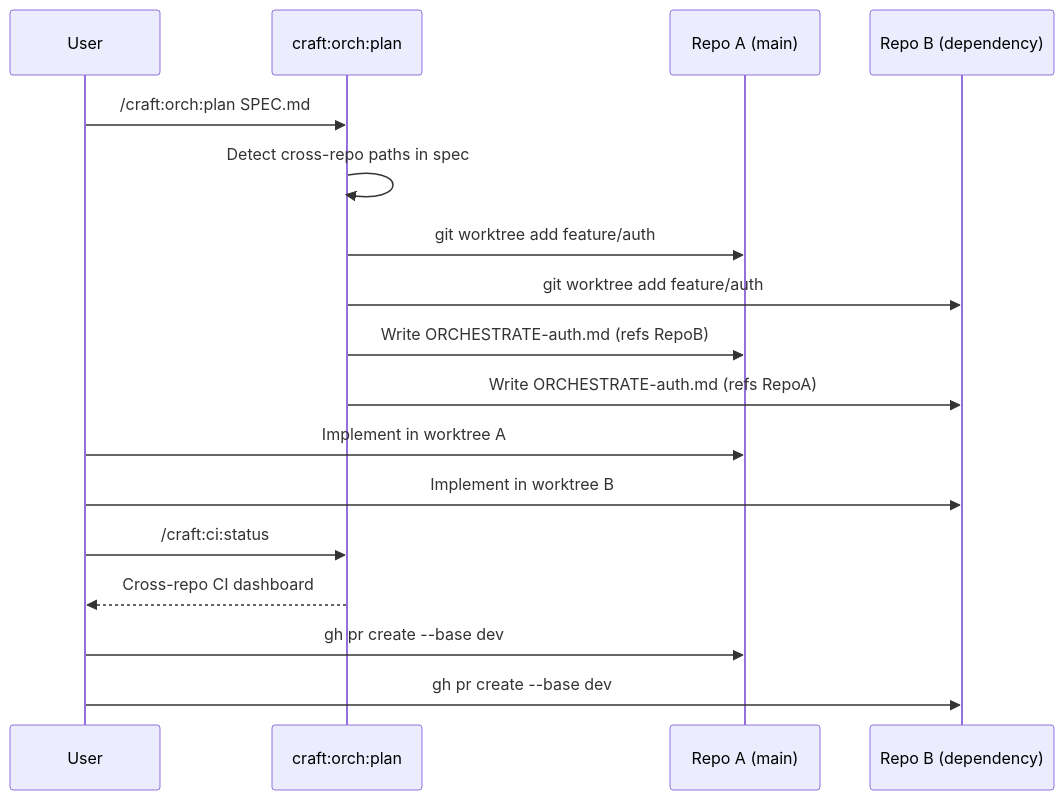
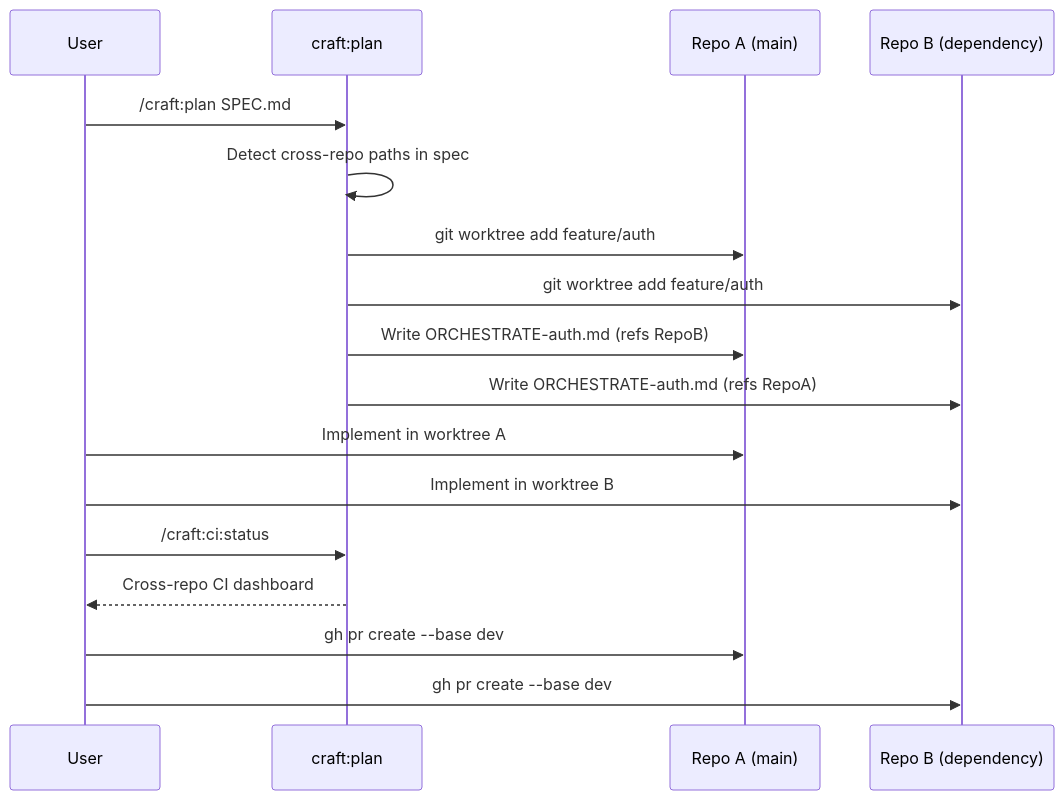
Before and after one commit to Data-Wise/craft: the diagram in docs/guide/multi-repo-workflow.md, drawn with Mermaid. The commit also changed other lines of this file and 71 other files, not shown here.

First line of the commit message:
fix(v4): T3.5.2 batch 1/2 — kill plan:sprint/roadmap, orch:plan, code:coverage, teaching-residue utils; demote discovery-usage

````diff
--- a/docs/guide/multi-repo-workflow.md
+++ b/docs/guide/multi-repo-workflow.md
@@ -188,20 +188,20 @@
 ```mermaid
 sequenceDiagram
     participant User
-    participant Craft as craft:orch:plan
+    participant Craft as craft:plan
     participant RepoA as Repo A (main)
     participant RepoB as Repo B (dependency)
 
-    User->>Craft: /craft:orch:plan SPEC.md
+    User->>Craft: /craft:plan SPEC.md
     Craft->>Craft: Detect cross-repo paths in spec
     Craft->>RepoA: git worktree add feature/auth
     Craft->>RepoB: git worktree add feature/auth
     Craft->>RepoA: Write ORCHESTRATE-auth.md (refs RepoB)
     Craft->>RepoB: Write ORCHESTRATE-auth.md (refs RepoA)
     User->>RepoA: Implement in worktree A
     User->>RepoB: Implement in worktree B
     User->>Craft: /craft:ci:status
     Craft-->>User: Cross-repo CI dashboard
     User->>RepoA: gh pr create --base dev
     User->>RepoB: gh pr create --base dev
 ```
````
